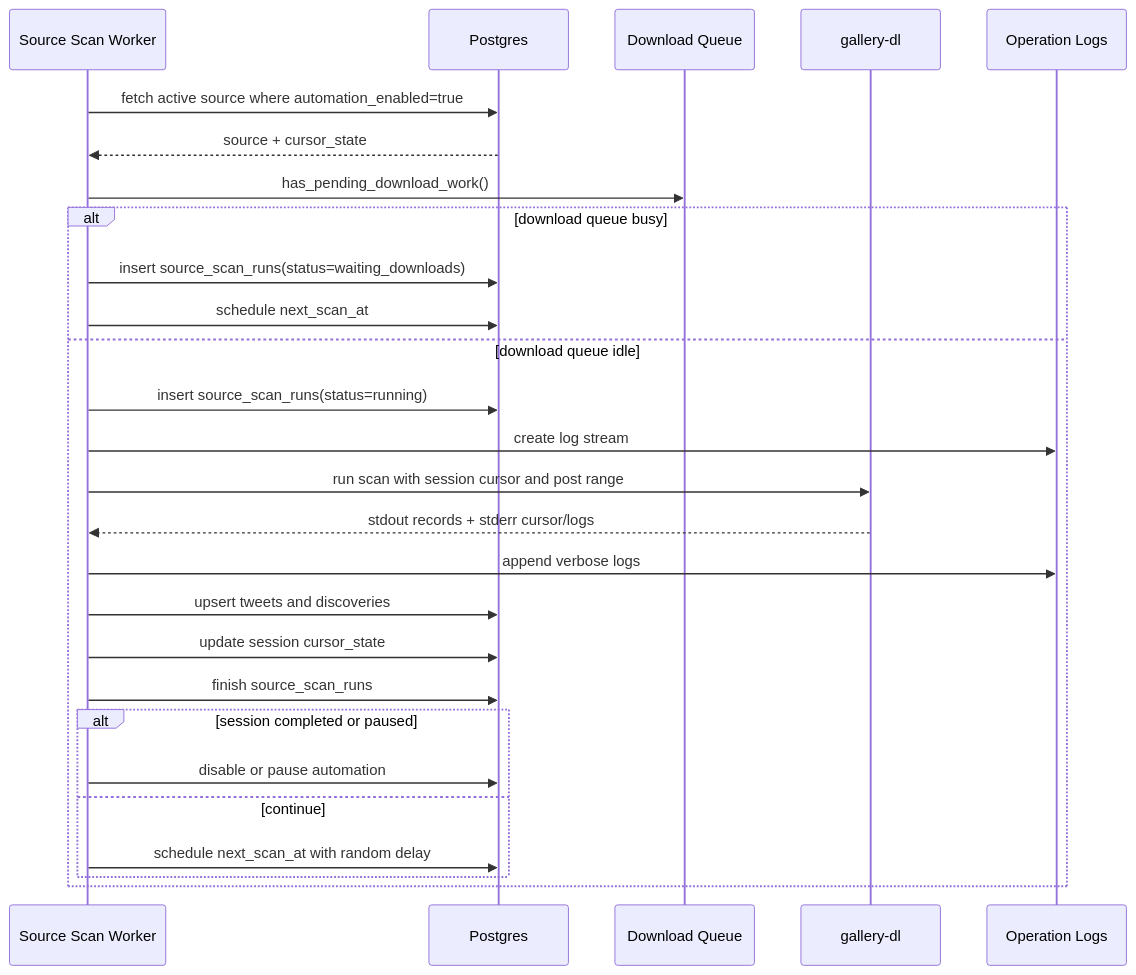
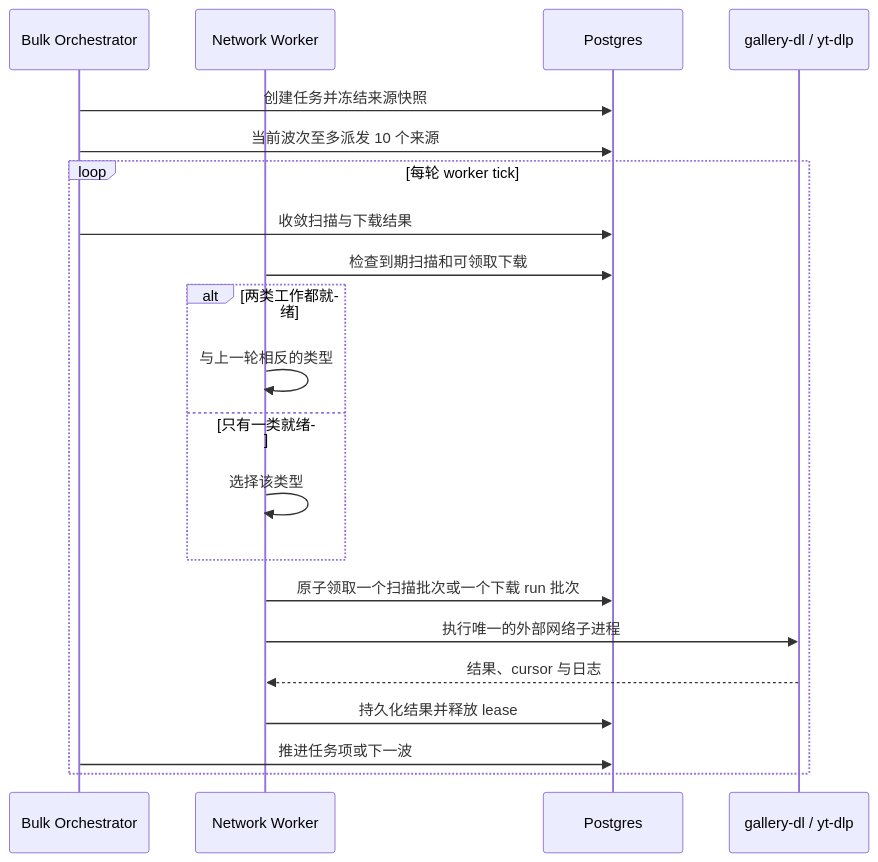
Before and after one commit to namehu/x-media-archiver: the sixth of 6 diagrams in docs/architecture/source-scanning-workflow.md, drawn with Mermaid. The commit also changed other lines of this file and 36 other files, not shown here.

````diff
--- a/docs/architecture/source-scanning-workflow.md
+++ b/docs/architecture/source-scanning-workflow.md
@@ -238,30 +276,24 @@
 ```mermaid
 sequenceDiagram
-    participant W as Source Scan Worker
+    participant O as Bulk Orchestrator
+    participant W as Network Worker
     participant DB as Postgres
-    participant Q as Download Queue
-    participant G as gallery-dl
-    participant L as Operation Logs
+    participant X as gallery-dl / yt-dlp
 
-    W->>DB: fetch active source where automation_enabled=true
-    DB-->>W: source + cursor_state
-    W->>Q: has_pending_download_work()
-    alt download queue busy
-        W->>DB: insert source_scan_runs(status=waiting_downloads)
-        W->>DB: schedule next_scan_at
-    else download queue idle
-        W->>DB: insert source_scan_runs(status=running)
-        W->>L: create log stream
-        W->>G: run scan with session cursor and post range
-        G-->>W: stdout records + stderr cursor/logs
-        W->>L: append verbose logs
-        W->>DB: upsert tweets and discoveries
-        W->>DB: update session cursor_state
-        W->>DB: finish source_scan_runs
-        alt session completed or paused
-            W->>DB: disable or pause automation
-        else continue
-            W->>DB: schedule next_scan_at with random delay
+    O->>DB: 创建任务并冻结来源快照
+    O->>DB: 当前波次至多派发 10 个来源
+    loop 每轮 worker tick
+        O->>DB: 收敛扫描与下载结果
+        W->>DB: 检查到期扫描和可领取下载
+        alt 两类工作都就绪
+            W->>W: 与上一轮相反的类型
+        else 只有一类就绪
+            W->>W: 选择该类型
         end
+        W->>DB: 原子领取一个扫描批次或一个下载 run 批次
+        W->>X: 执行唯一的外部网络子进程
+        X-->>W: 结果、cursor 与日志
+        W->>DB: 持久化结果并释放 lease
+        O->>DB: 推进任务项或下一波
     end
 ```
````
